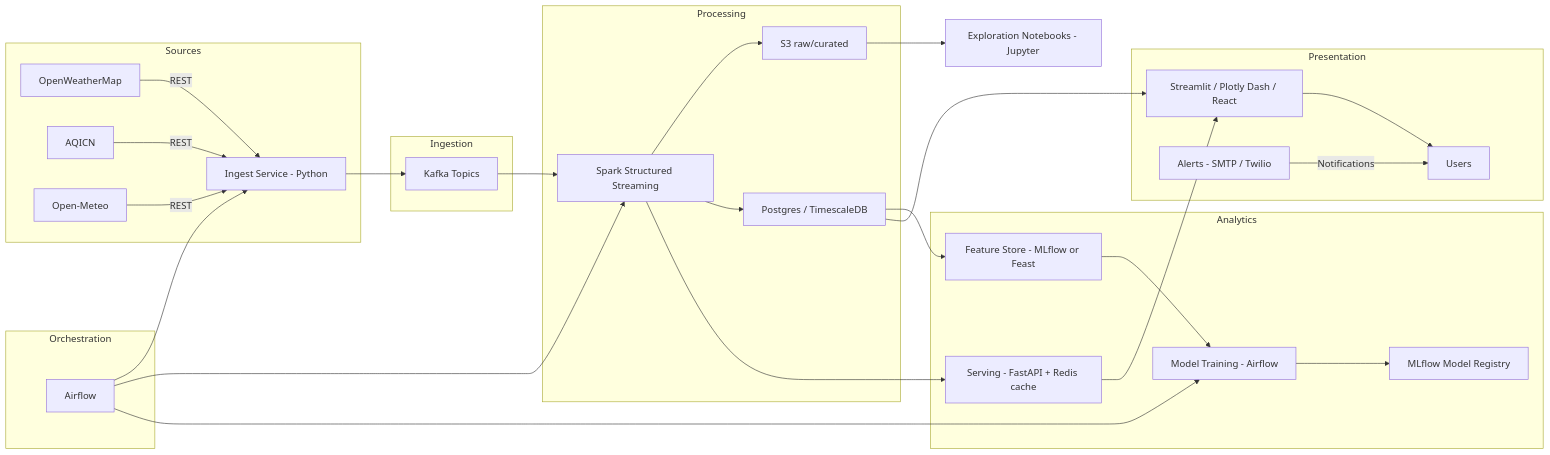
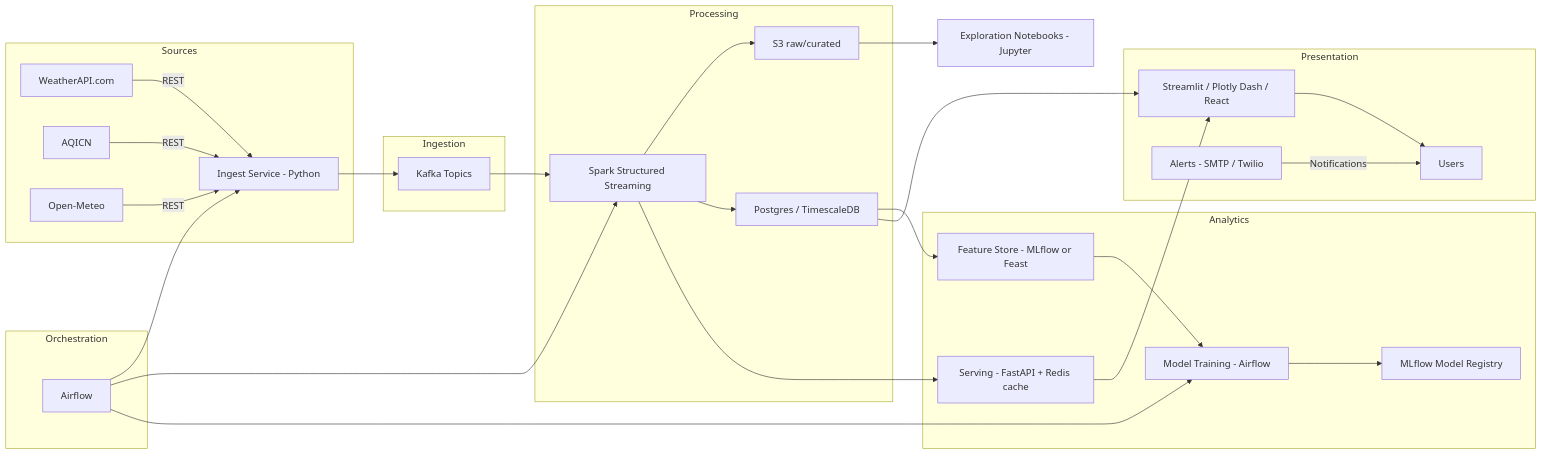
One commit to JDevShivamGarg/Smart-Environmental-Monitoring changed the diagram in README.md. Above: the diagram before and after it, drawn with Mermaid. The commit also changed other lines of this file and 2 other files, not shown here.

Commit message:
replaced the OpenWeatherMap API key to WeatherAPI.com

````diff
--- a/README.md
+++ b/README.md
@@ -7,40 +7,40 @@
 ```mermaid
 flowchart LR
   subgraph Sources
-    A[OpenWeatherMap] -->|REST| Ingest
+    A[WeatherAPI.com] -->|REST| Ingest
     B[AQICN] -->|REST| Ingest
     C[Open-Meteo] -->|REST| Ingest
   end
 
   subgraph Ingestion
     Ingest[Ingest Service - Python] --> Kafka[Kafka Topics]
   end
 
   subgraph Processing
     Kafka --> StreamProc[Spark Structured Streaming]
     StreamProc --> DataLake[S3 raw/curated]
     StreamProc --> DB[Postgres / TimescaleDB]
   end
 
   subgraph Analytics
     DB --> FeatureStore[Feature Store - MLflow or Feast]
     FeatureStore --> ModelTrain[Model Training - Airflow]
     ModelTrain --> ModelRegistry[MLflow Model Registry]
     StreamProc --> RealTimeModels[Serving - FastAPI + Redis cache]
   end
 
   subgraph Presentation
     DB --> Dashboard[Streamlit / Plotly Dash / React]
     RealTimeModels --> Dashboard
     AlertsService[Alerts - SMTP / Twilio] -->|Notifications| Users[Users]
     Dashboard --> Users
   end
 
   subgraph Orchestration
     Airflow --> Ingest
     Airflow --> StreamProc
     Airflow --> ModelTrain
   end
 
   DataLake --> Notebook[Exploration Notebooks - Jupyter]
 ```
````
